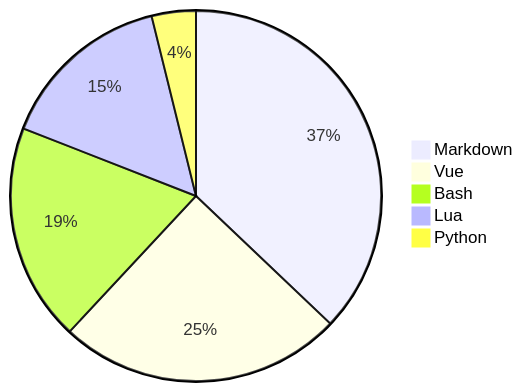
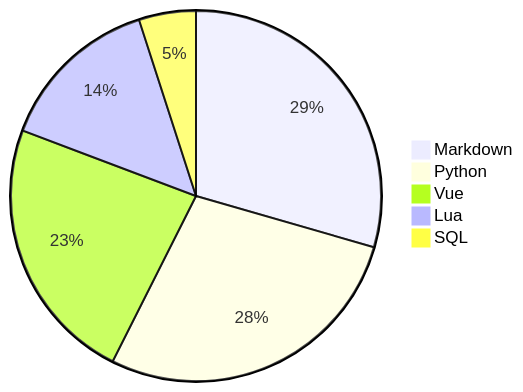
Before and after one commit to Alicia111/alicia111: the diagram in README.md, drawn with Mermaid.

Commit message:
Update WakaTime stats (・ω・)b

````diff
--- a/README.md
+++ b/README.md
@@ -32,8 +32,8 @@
 ```mermaid
 pie
-    "Markdown" : 34.57
-    "Vue" : 23.16
-    "Bash" : 17.7
-    "Lua" : 14.18
-    "Python" : 3.59
+    "Markdown" : 27.41
+    "Python" : 26.01
+    "Vue" : 21.69
+    "Lua" : 13.28
+    "SQL" : 4.63
 ```
````
